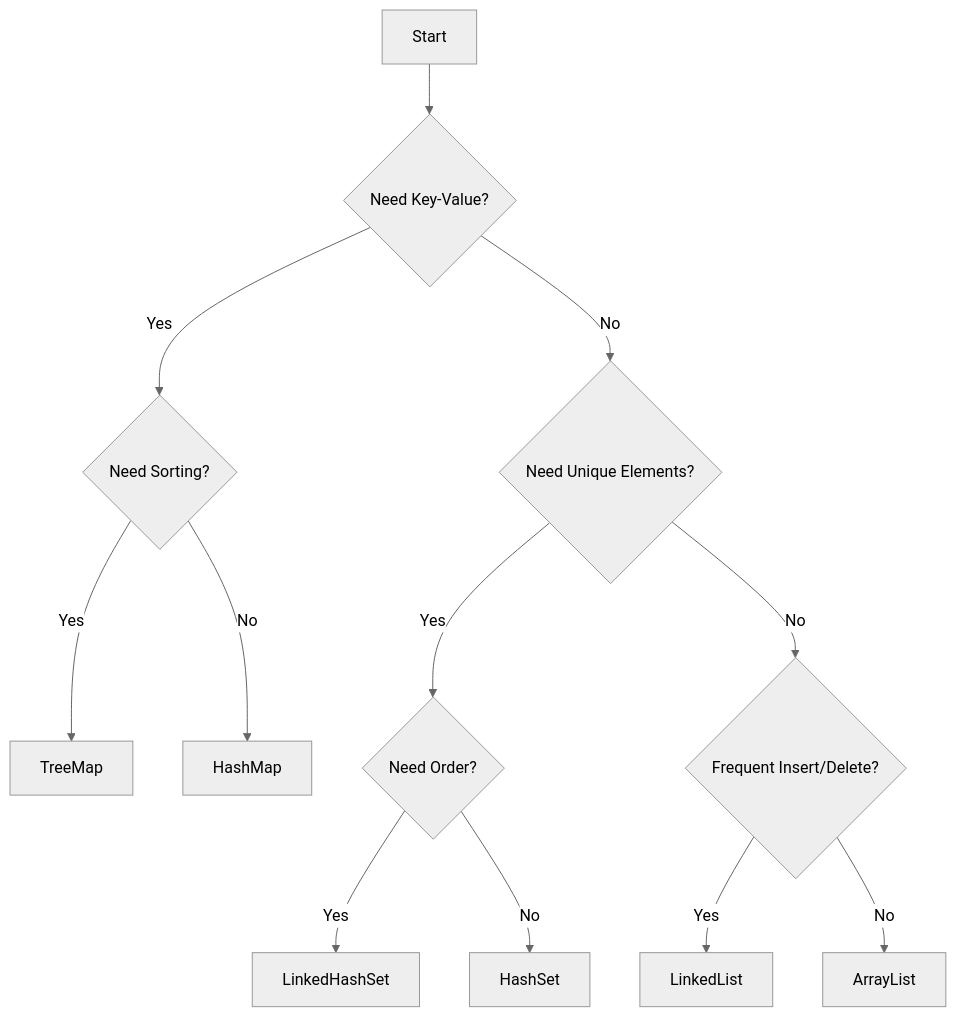
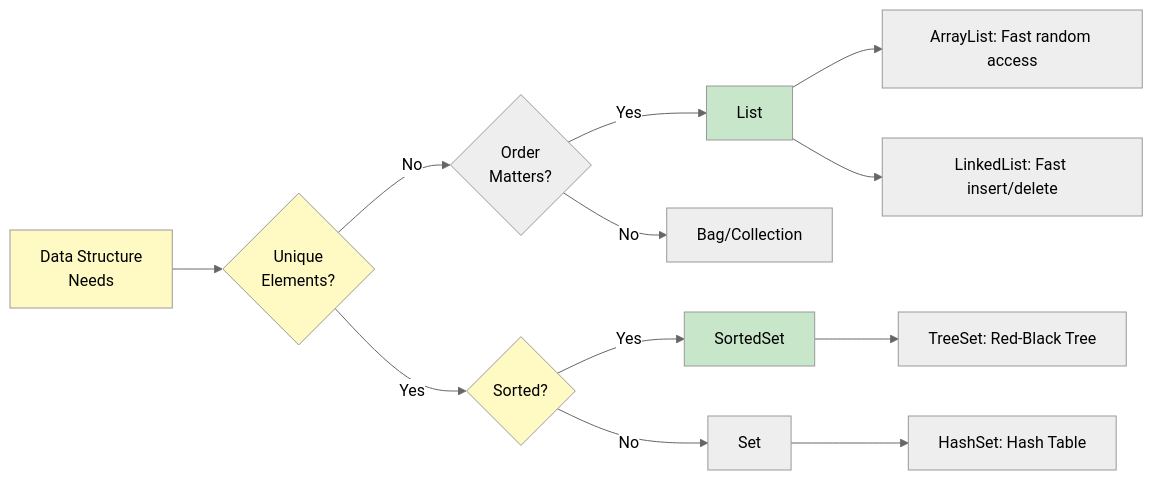
The second of 29 diagrams in README.md (srinidevlearn/java-learn-collections), drawn with Mermaid (neutral theme) before and after one commit. The commit also changed other lines of this file, not shown here.

````diff
--- a/README.md
+++ b/README.md
@@ -77,19 +68,22 @@
 ```mermaid
-flowchart TD
-    Start --> KV{Need Key-Value?}
-
-    KV -->|Yes| MapChoice{Need Sorting?}
-    KV -->|No| Unique{Need Unique Elements?}
-
-    MapChoice -->|Yes| TreeMap
-    MapChoice -->|No| HashMap
-
-    Unique -->|Yes| SetChoice{Need Order?}
-    Unique -->|No| ListChoice{Frequent Insert/Delete?}
-
-    SetChoice -->|Yes| LinkedHashSet
-    SetChoice -->|No| HashSet
-
-    ListChoice -->|Yes| LinkedList
-    ListChoice -->|No| ArrayList
+graph LR
+    A["Data Structure<br/>Needs"] --> B{Unique<br/>Elements?}
+    B -->|No| C{Order<br/>Matters?}
+    B -->|Yes| D{Sorted?}
+    C -->|Yes| E["List"]
+    C -->|No| F["Bag/Collection"]
+    D -->|Yes| G["SortedSet"]
+    D -->|No| H["Set"]
+    
+    E --> E1["ArrayList: Fast random access"]
+    E --> E2["LinkedList: Fast insert/delete"]
+    
+    G --> G1["TreeSet: Red-Black Tree"]
+    H --> H1["HashSet: Hash Table"]
+    
+    style A fill:#fff9c4
+    style B fill:#fff9c4
+    style D fill:#fff9c4
+    style E fill:#c8e6c9
+    style G fill:#c8e6c9
 ```
````
